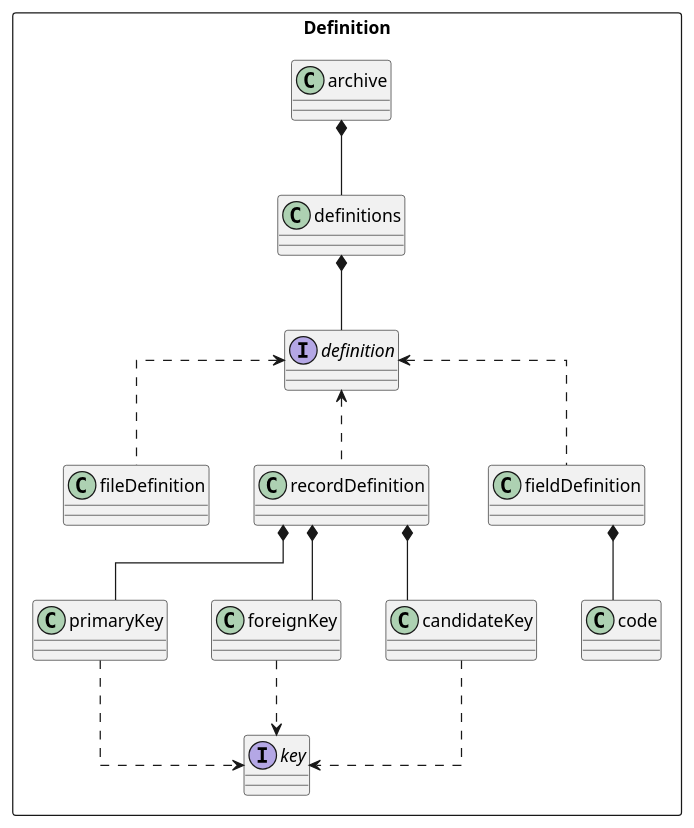
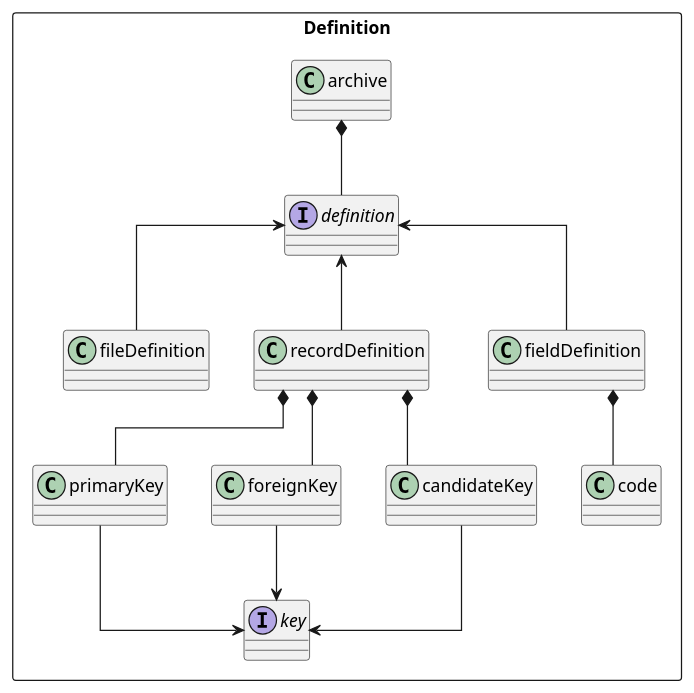
The diagram in usage/aspirations/umls/uml-definition.puml (joergen-vs/73027c42-c2cd-4c62-b1f4-2532c0eb8dab), drawn with PlantUML before and after one commit. The commit also changed 6 other files, not shown here.

Commit message:
Updated uml, no collection Changed type to structureType for less confusion

```diff
--- a/usage/aspirations/umls/uml-definition.puml
+++ b/usage/aspirations/umls/uml-definition.puml
@@ -1,26 +1,25 @@
 @startuml
 skinparam linetype polyline
 skinparam linetype ortho
 
 package "Definition" <<Rectangle>> {
-archive *-- definitions
+archive *-- definition
 
 interface definition
 interface key
 
-definitions *-- definition
-definition <.. fileDefinition
-definition <.. recordDefinition
-definition <.. fieldDefinition
+definition <-- fileDefinition
+definition <-- recordDefinition
+definition <-- fieldDefinition
 
 recordDefinition *-- primaryKey
 recordDefinition *-- foreignKey
 recordDefinition *-- candidateKey
-primaryKey ..> key
-foreignKey ..> key
-candidateKey ..> key
+primaryKey --> key
+foreignKey --> key
+candidateKey --> key
 
 fieldDefinition *-- code
 }
 
 @enduml
```
